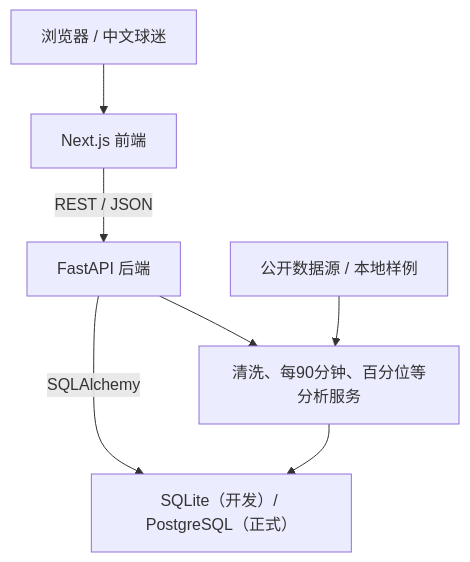
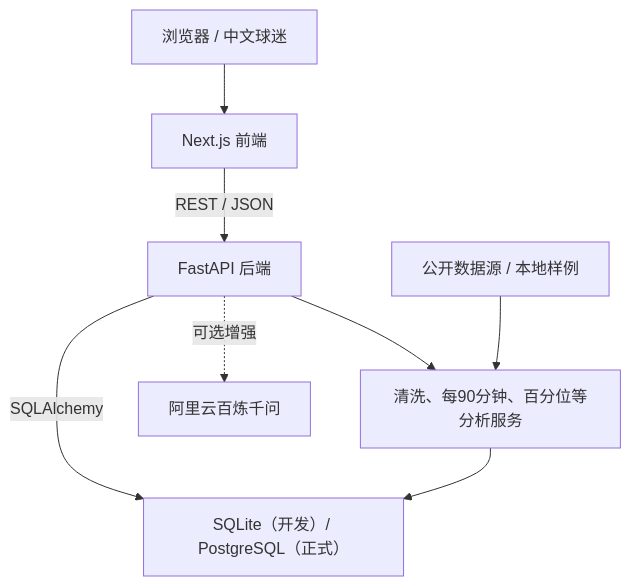
Before and after one commit to ruiyangxie434-byte/pl-geo-analytics: the diagram in README.md, drawn with Mermaid. The commit also changed other lines of this file and 20 other files, not shown here.

````diff
--- a/README.md
+++ b/README.md
@@ -49,9 +52,10 @@
 ```mermaid
 flowchart TD
     A["浏览器 / 中文球迷"] --> B["Next.js 前端"]
     B -->|REST / JSON| C["FastAPI 后端"]
     C -->|SQLAlchemy| D["SQLite（开发）/ PostgreSQL（正式）"]
     C --> E["清洗、每90分钟、百分位等分析服务"]
+    C -. 可选增强 .-> G["阿里云百炼千问"]
     F["公开数据源 / 本地样例"] --> E
     E --> D
 ```
````
